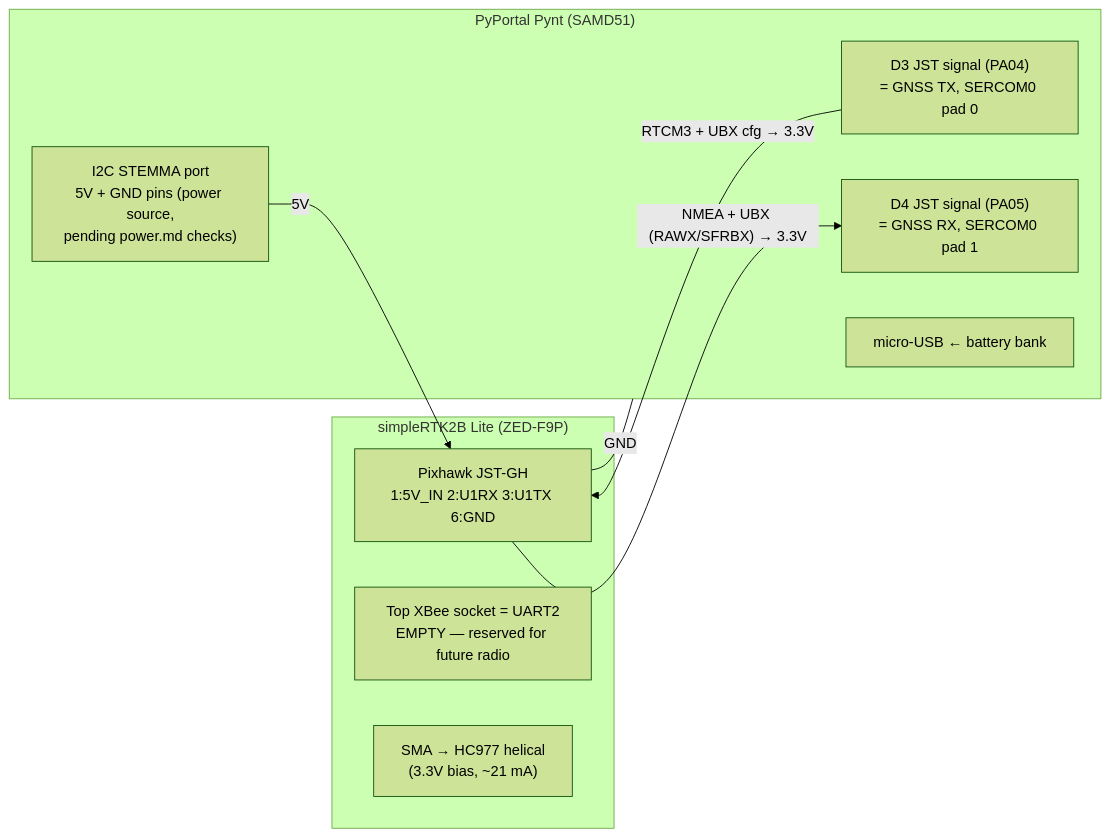
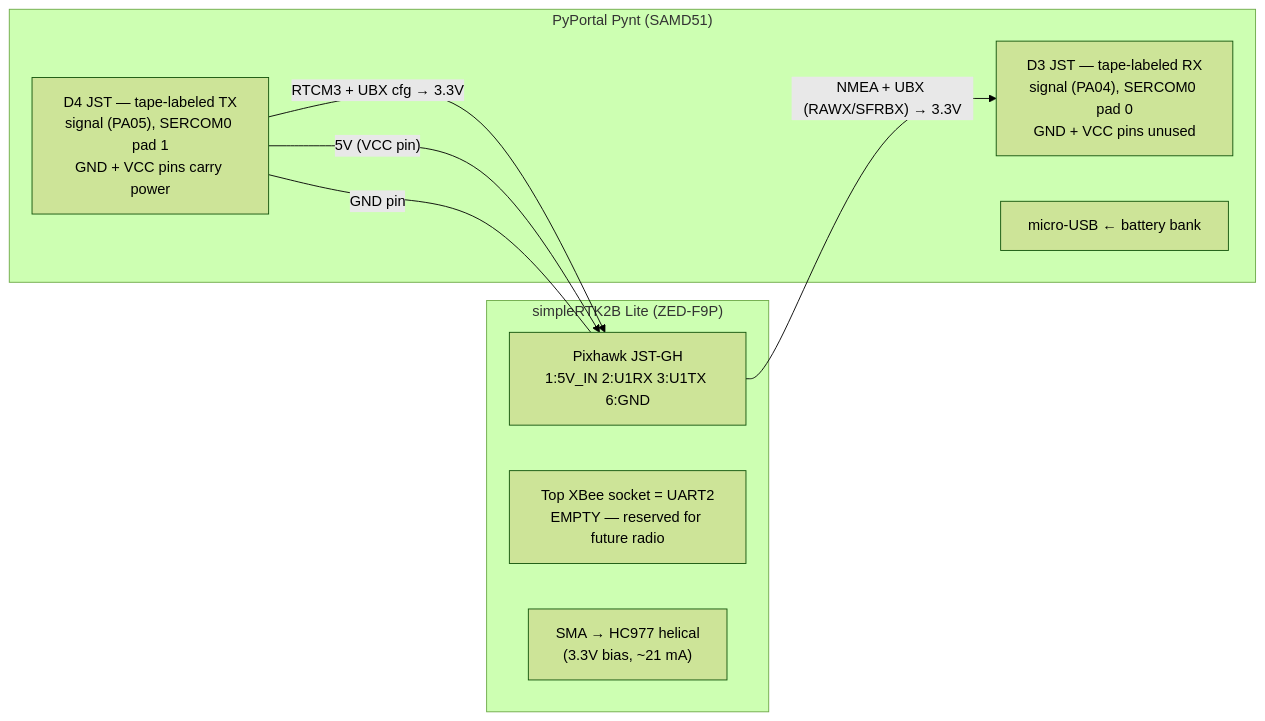
The diagram in docs/hardware/wiring.md (rah2003/PyPortal-Pynt-RTK), drawn with Mermaid (forest theme) before and after one commit. The commit also changed other lines of this file and 1 other file, not shown here.

First line of the commit message:
Source Lite power/ground from D3/D4 JST instead of I2C STEMMA

````diff
--- a/docs/hardware/wiring.md
+++ b/docs/hardware/wiring.md
@@ -22,19 +22,18 @@
 ```mermaid
 graph LR
   subgraph LITE["simpleRTK2B Lite (ZED-F9P)"]
     JST["Pixhawk JST-GH<br/>1:5V_IN 2:U1RX 3:U1TX 6:GND"]
     XBTOP["Top XBee socket = UART2<br/>EMPTY — reserved for future radio"]
     SMA["SMA → HC977 helical<br/>(3.3V bias, ~21 mA)"]
   end
   subgraph PYNT["PyPortal Pynt (SAMD51)"]
-    D3["D3 JST signal (PA04)<br/>= GNSS TX, SERCOM0 pad 0"]
-    D4["D4 JST signal (PA05)<br/>= GNSS RX, SERCOM0 pad 1"]
-    I2CP["I2C STEMMA port<br/>5V + GND pins (power source,<br/>pending power.md checks)"]
+    D3["D3 JST — tape-labeled RX<br/>signal (PA04), SERCOM0 pad 0<br/>GND + VCC pins unused"]
+    D4["D4 JST — tape-labeled TX<br/>signal (PA05), SERCOM0 pad 1<br/>GND + VCC pins carry power"]
     USB["micro-USB ← battery bank"]
   end
 
-  D3 -- "RTCM3 + UBX cfg → 3.3V" --> JST
-  JST -- "NMEA + UBX (RAWX/SFRBX) → 3.3V" --> D4
-  I2CP -- "5V" --> JST
-  JST -- "GND" --- PYNT
+  JST -- "NMEA + UBX (RAWX/SFRBX) → 3.3V" --> D3
+  D4 -- "RTCM3 + UBX cfg → 3.3V" --> JST
+  D4 -- "5V (VCC pin)" --> JST
+  D4 -- "GND pin" --- JST
 ```
````
